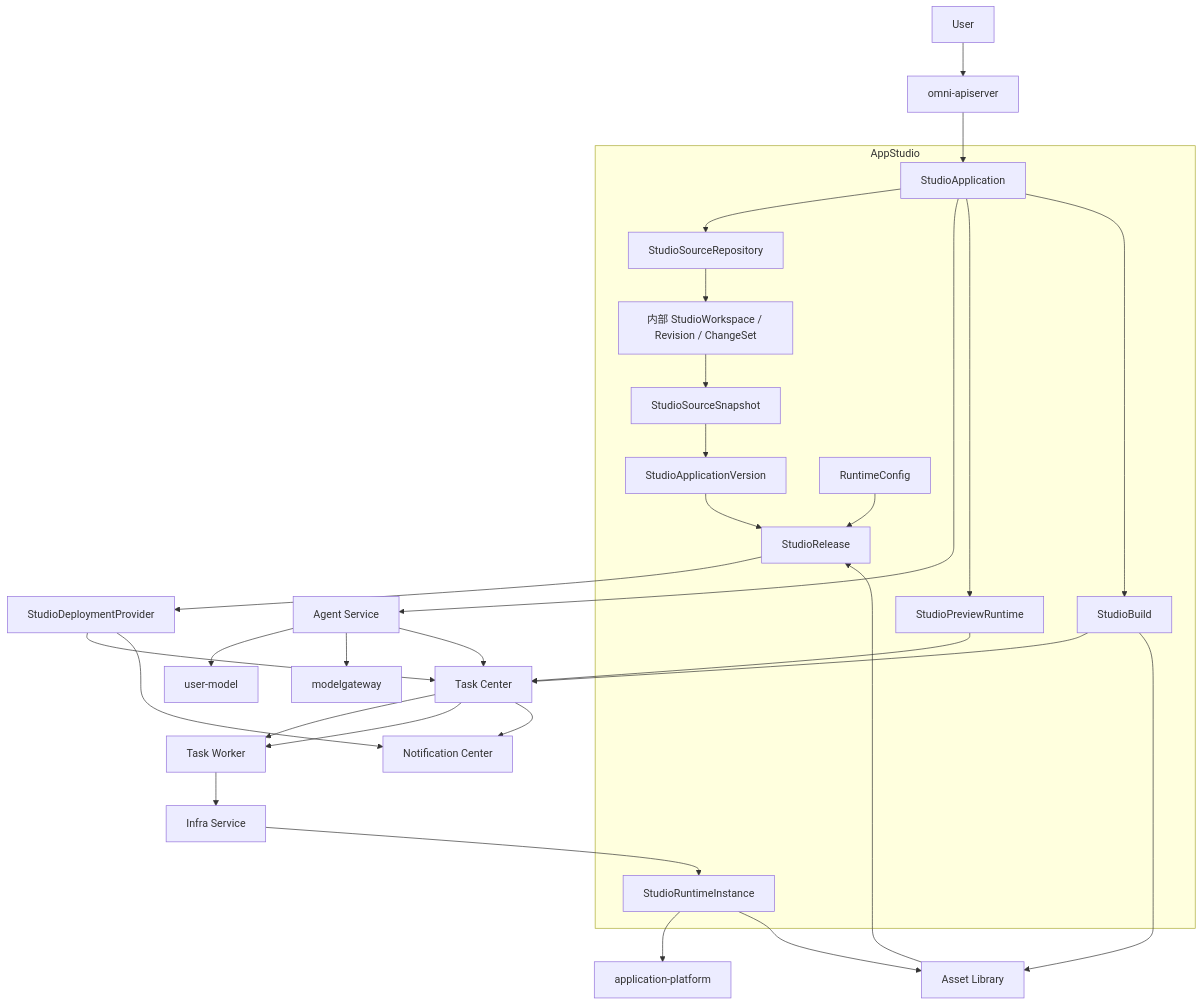
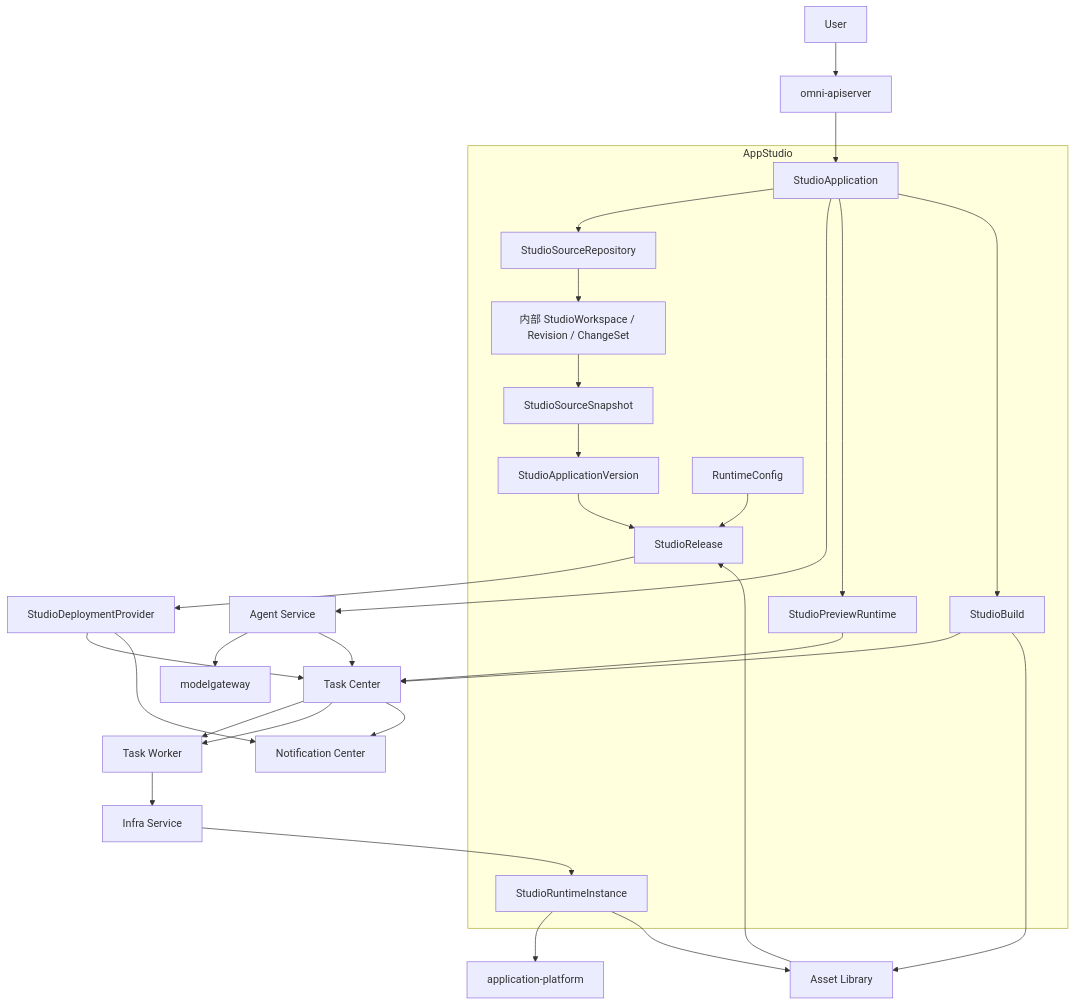
Before and after one commit to wangweihong/omnimam-spec: the first of 11 diagrams in 00_product/domains/appstudio/product-spec.md, drawn with Mermaid. The commit also changed other lines of this file and 11 other files, not shown here.

````diff
--- a/00_product/domains/appstudio/product-spec.md
+++ b/00_product/domains/appstudio/product-spec.md
@@ -295,65 +295,63 @@
 ```mermaid
 flowchart TB
     USER[User]
     API[omni-apiserver]
 
     subgraph STUDIO["AppStudio"]
         APPLICATION[StudioApplication]
         REPOSITORY[StudioSourceRepository]
         WORKSPACE[内部 StudioWorkspace / Revision / ChangeSet]
         SNAPSHOT[StudioSourceSnapshot]
         VERSION[StudioApplicationVersion]
         PREVIEW[StudioPreviewRuntime]
         BUILD[StudioBuild]
         CONFIG[RuntimeConfig]
         RELEASE[StudioRelease]
         RUNTIME[StudioRuntimeInstance]
     end
 
     AGENT[Agent Service]
-    MM[user-model]
     MG[modelgateway]
     TASK[Task Center]
     WORKER[Task Worker]
     INFRA[Infra Service]
     DEPLOY[StudioDeploymentProvider]
     ASSET[Asset Library]
     APP_PLATFORM[application-platform]
     NOTICE[Notification Center]
 
     USER --> API
     API --> APPLICATION
 
     APPLICATION --> REPOSITORY
     REPOSITORY --> WORKSPACE
     WORKSPACE --> SNAPSHOT
     SNAPSHOT --> VERSION
 
     APPLICATION --> AGENT
-    AGENT --> MM
     AGENT --> MG
     AGENT --> TASK
 
     APPLICATION --> PREVIEW
     PREVIEW --> TASK
     TASK --> WORKER
 
     APPLICATION --> BUILD
     BUILD --> TASK
     TASK --> WORKER
 
     BUILD --> ASSET
     ASSET --> RELEASE
     VERSION --> RELEASE
     CONFIG --> RELEASE
     RELEASE --> DEPLOY
     DEPLOY --> TASK
     WORKER --> INFRA
     INFRA --> RUNTIME
 
     RUNTIME --> APP_PLATFORM
     RUNTIME --> ASSET
 
     TASK --> NOTICE
     DEPLOY --> NOTICE
 ```
````
